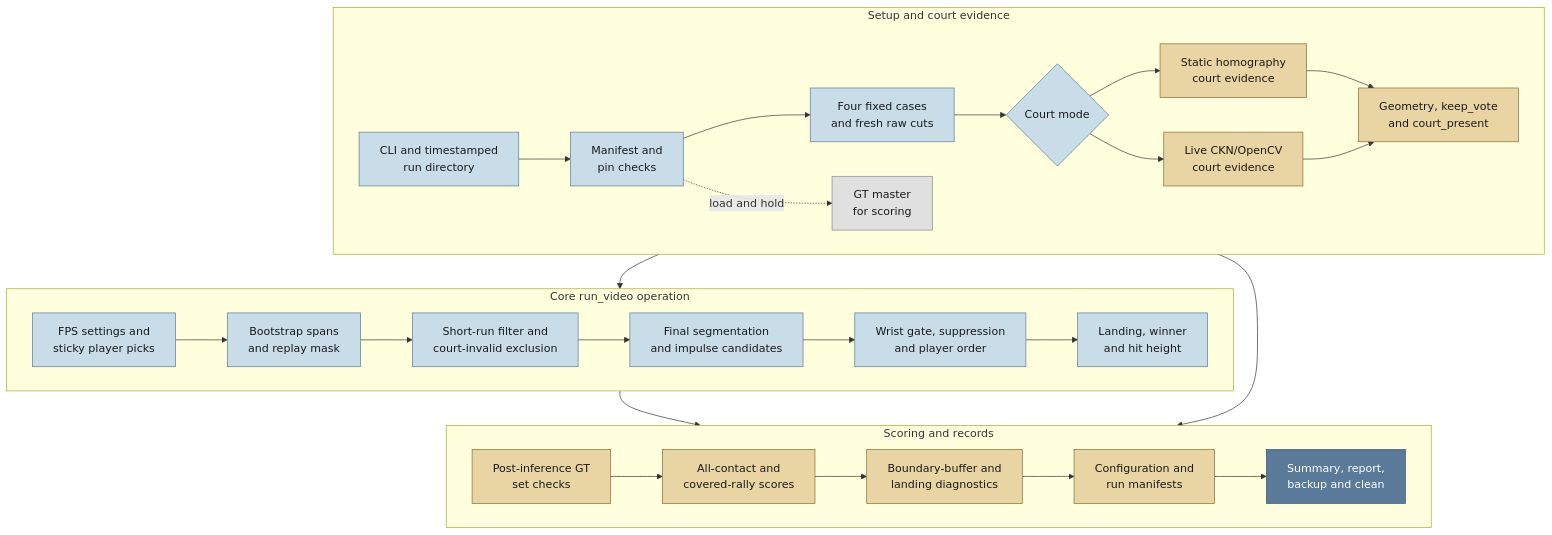
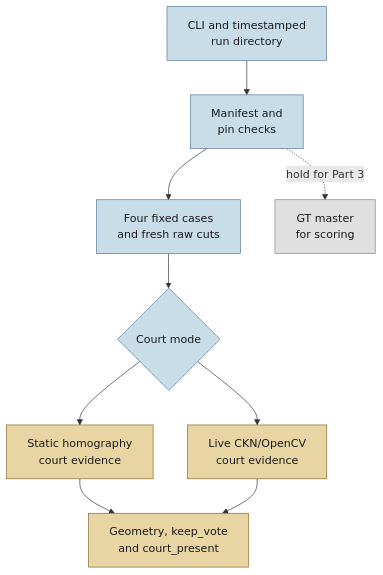
One commit to ahalp90/badminton_cv_annotator changed the second of 4 diagrams in docs/project_overview_20260730-214831.md. Above: the diagram before and after it, drawn with Mermaid. The commit also changed other lines of this file, not shown here.

````diff
--- a/docs/project_overview_20260730-214831.md
+++ b/docs/project_overview_20260730-214831.md
@@ -166,47 +178,19 @@
 ```mermaid
 flowchart TB
-    subgraph M_SETUP["Setup and court evidence"]
-        direction LR
-        M1["CLI and timestamped<br/>run directory"] --> M2["Manifest and<br/>pin checks"]
-        M2 --> M3["Four fixed cases<br/>and fresh raw cuts"]
-        M3 --> M4{"Court mode"}
-        M4 --> M5["Static homography<br/>court evidence"]
-        M4 --> M6["Live CKN/OpenCV<br/>court evidence"]
-        M5 --> M7["Geometry, keep_vote<br/>and court_present"]
-        M6 --> M7
-        M2 -.->|"load and hold"| MG["GT master<br/>for scoring"]
-    end
-
-    subgraph M_CORE["Core run_video operation"]
-        direction LR
-        C1["FPS settings and<br/>sticky player picks"] --> C2["Bootstrap spans<br/>and replay mask"]
-        C2 --> C3["Short-run filter and<br/>court-invalid exclusion"]
-        C3 --> C4["Final segmentation<br/>and impulse candidates"]
-        C4 --> C5["Wrist gate, suppression<br/>and player order"]
-        C5 --> C6["Landing, winner<br/>and hit height"]
-    end
-
-    subgraph M_SCORE["Scoring and records"]
-        direction LR
-        S1["Post-inference GT<br/>set checks"] --> S2["All-contact and<br/>covered-rally scores"]
-        S2 --> S3["Boundary-buffer and<br/>landing diagnostics"]
-        S3 --> S4["Configuration and<br/>run manifests"]
-        S4 --> S5["Summary, report,<br/>backup and clean"]
-    end
-
-    M7 --> C1
-    C6 --> S2
-    MG --> S1
+    A1["CLI and timestamped<br/>run directory"] --> A2["Manifest and<br/>pin checks"]
+    A2 --> A3["Four fixed cases<br/>and fresh raw cuts"]
+    A3 --> A4{"Court mode"}
+    A4 --> A5["Static homography<br/>court evidence"]
+    A4 --> A6["Live CKN/OpenCV<br/>court evidence"]
+    A5 --> A7["Geometry, keep_vote<br/>and court_present"]
+    A6 --> A7
+    A2 -.->|"hold for Part 3"| AG["GT master<br/>for scoring"]
 
     classDef stage fill:#c8dde8,stroke:#5a7a9a,color:#1a1a1a
     classDef bridge fill:#e8d5a3,stroke:#8a6a30,color:#1a1a1a
-    classDef output fill:#5a7a9a,stroke:#3a5070,color:#ffffff
     classDef auxiliary fill:#e0e0e0,stroke:#888888,color:#1a1a1a
 
-    class M1,M2,M3,M4 stage
-    class M5,M6,M7 bridge
-    class MG auxiliary
-    class C1,C2,C3,C4,C5,C6 stage
-    class S1,S2,S3,S4 bridge
-    class S5 output
+    class A1,A2,A3,A4 stage
+    class A5,A6,A7 bridge
+    class AG auxiliary
 ```
````
